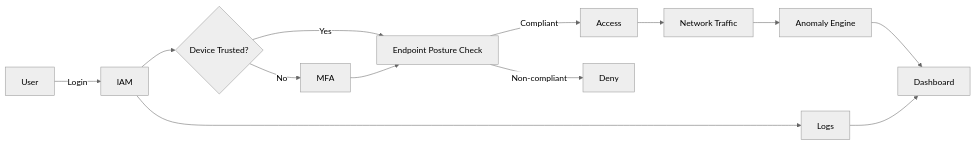
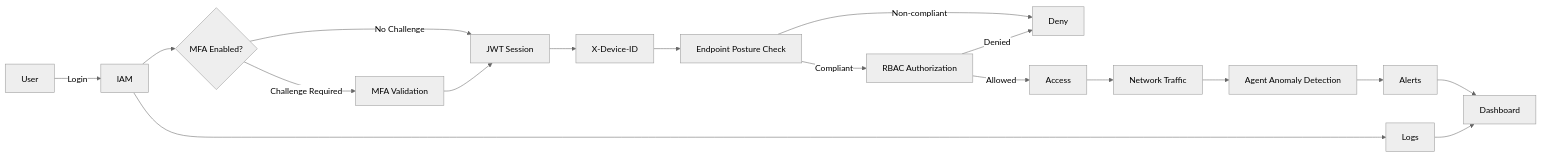
The diagram in PRD.md (justin8ty/zt-suite), drawn with Mermaid (neutral theme) before and after one commit. The commit also changed other lines of this file and 2 other files, not shown here.

````diff
--- a/PRD.md
+++ b/PRD.md
@@ -170,15 +168,20 @@
 ```mermaid
 flowchart LR
     User -->|Login| IAM
-    IAM --> DeviceCheck{Device Trusted?}
-    DeviceCheck -->|Yes| Posture[Endpoint Posture Check]
-    DeviceCheck -->|No| MFA
-    MFA --> Posture
-    Posture -->|Compliant| Access
+    IAM --> MFA{MFA Enabled?}
+    MFA -->|Challenge Required| MFAValidate[MFA Validation]
+    MFA -->|No Challenge| Session[JWT Session]
+    MFAValidate --> Session
+    Session --> DeviceHeader[X-Device-ID]
+    DeviceHeader --> Posture[Endpoint Posture Check]
+    Posture -->|Compliant| RBAC[RBAC Authorization]
     Posture -->|Non-compliant| Deny
+    RBAC -->|Allowed| Access
+    RBAC -->|Denied| Deny
     Access --> Traffic[Network Traffic]
-    Traffic --> Detection[Anomaly Engine]
-    Detection --> Dashboard
+    Traffic --> Detection[Agent Anomaly Detection]
+    Detection --> Alerts[Alerts]
+    Alerts --> Dashboard
     IAM --> Logs
     Logs --> Dashboard
 ```
````
